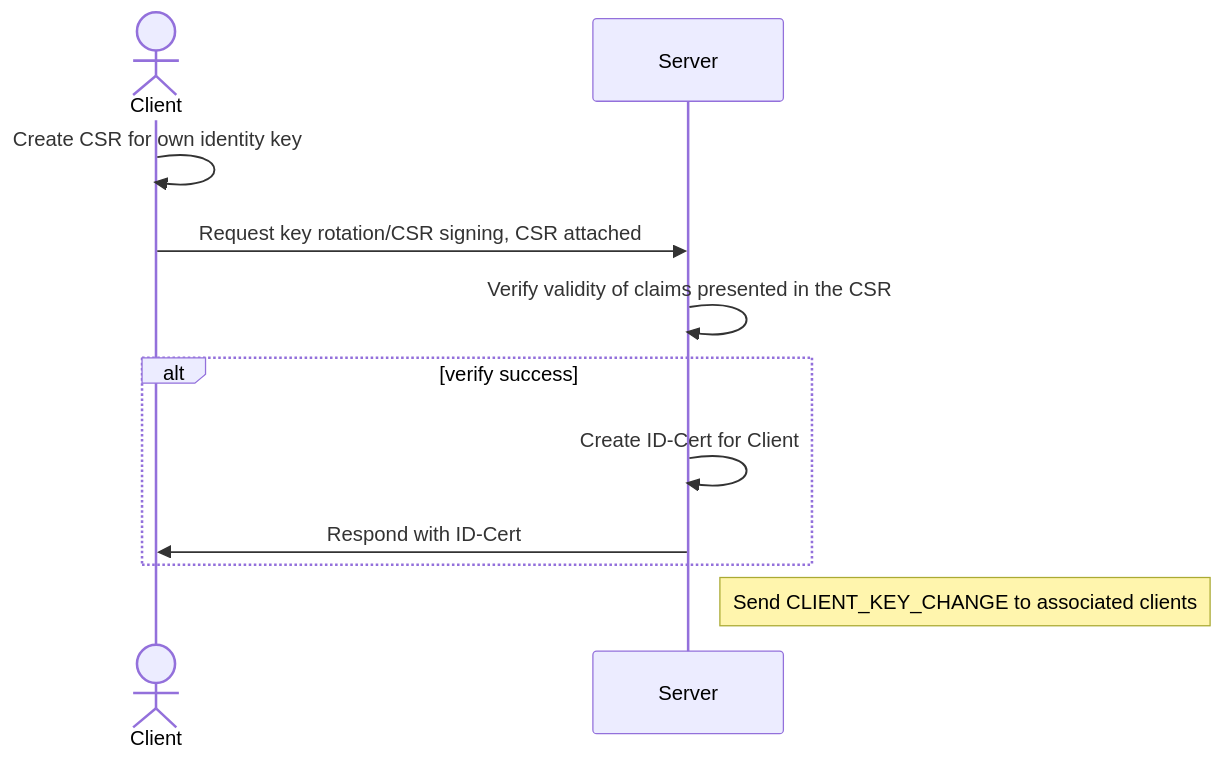
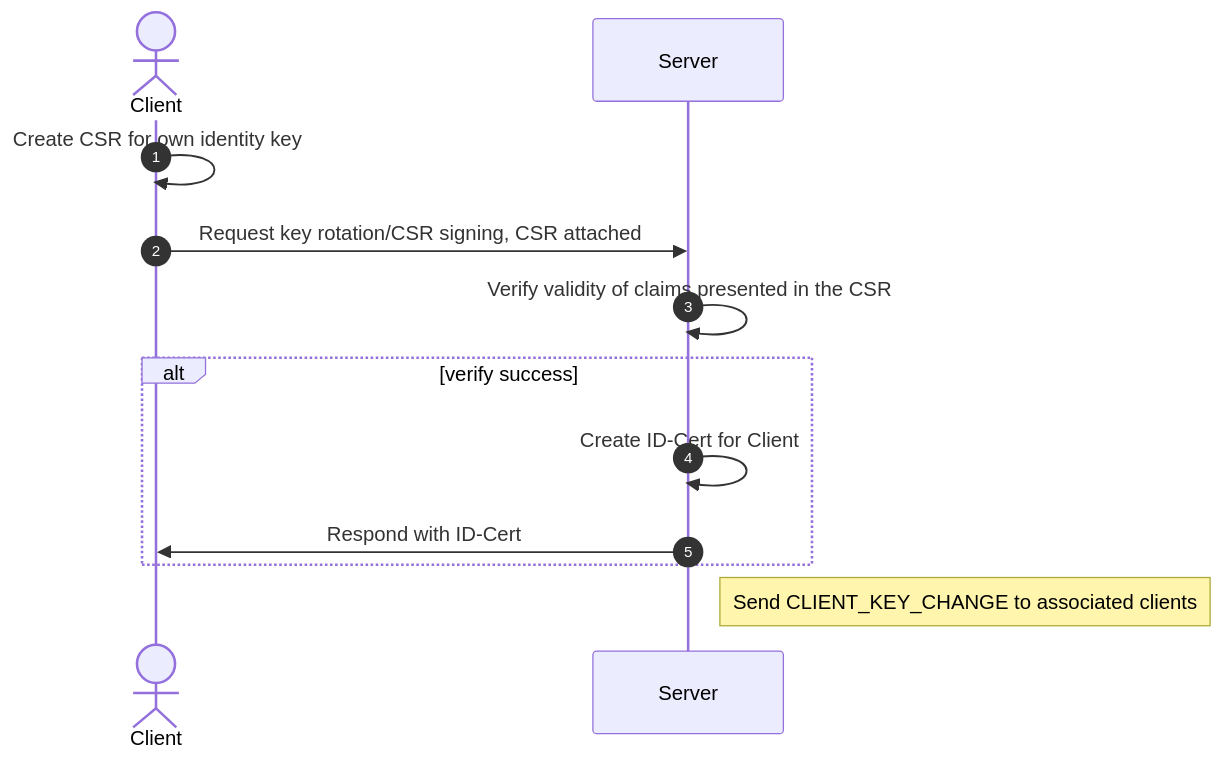
The fifth of 10 diagrams in SPECIFICATION.md (polyphony-chat/docs), drawn with Mermaid before and after one commit. The commit also changed other lines of this file, not shown here.

Commit message:
Update section 8, autonumber sequence diagrams

````diff
--- a/SPECIFICATION.md
+++ b/SPECIFICATION.md
@@ -512,15 +512,16 @@
 ```mermaid
 sequenceDiagram
+autonumber
 
 actor c as Client
 participant s as Server
 
 c->>c: Create CSR for own identity key
 c->>s: Request key rotation/CSR signing, CSR attached
 s->>s: Verify validity of claims presented in the CSR
 alt verify success
   s->>s: Create ID-Cert for Client
   s->>c: Respond with ID-Cert
 end
 Note right of s: Send CLIENT_KEY_CHANGE to associated clients
 ```
````
